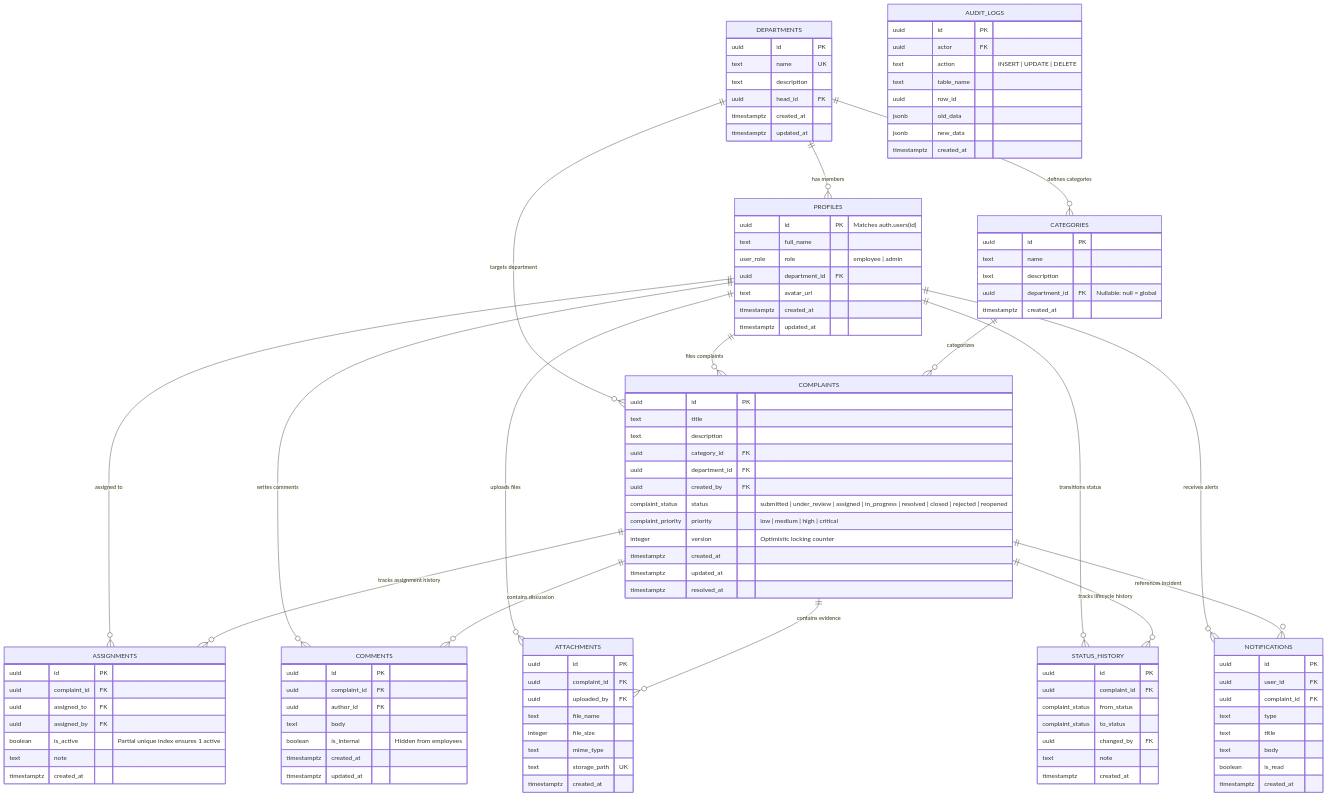
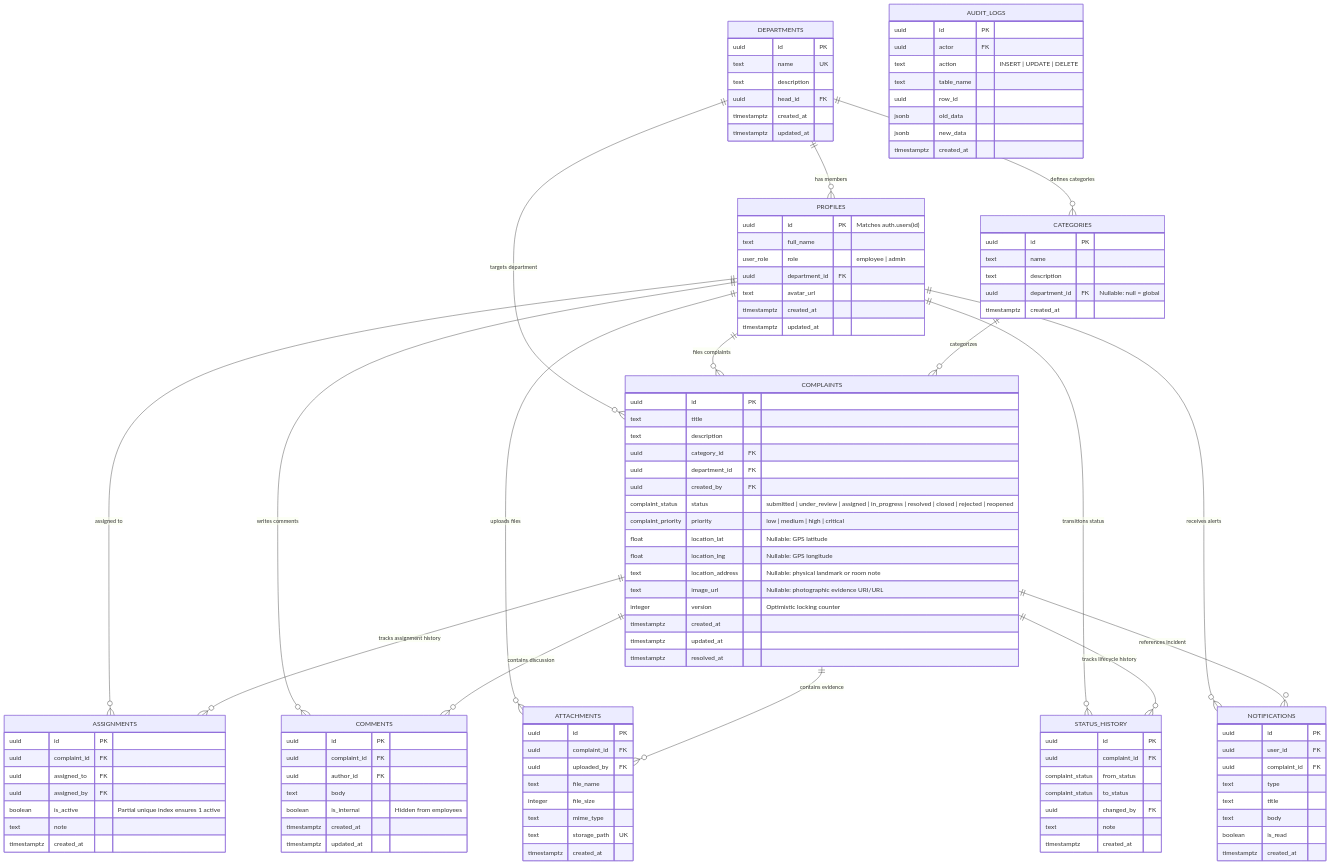
The diagram in docs/ERD.md (gsiddharthrao/ComplaintEase), drawn with Mermaid before and after one commit. The commit also changed 11 other files, not shown here.

Commit message:
feat: add live GPS geolocation and photo evidence to complaints with admin feed

```diff
--- a/docs/ERD.md
+++ b/docs/ERD.md
@@ -63,6 +63,10 @@
         uuid created_by FK
         complaint_status status "submitted | under_review | assigned | in_progress | resolved | closed | rejected | reopened"
         complaint_priority priority "low | medium | high | critical"
+        float location_lat "Nullable: GPS latitude"
+        float location_lng "Nullable: GPS longitude"
+        text location_address "Nullable: physical landmark or room note"
+        text image_url "Nullable: photographic evidence URI/URL"
         integer version "Optimistic locking counter"
         timestamptz created_at
         timestamptz updated_at
```
